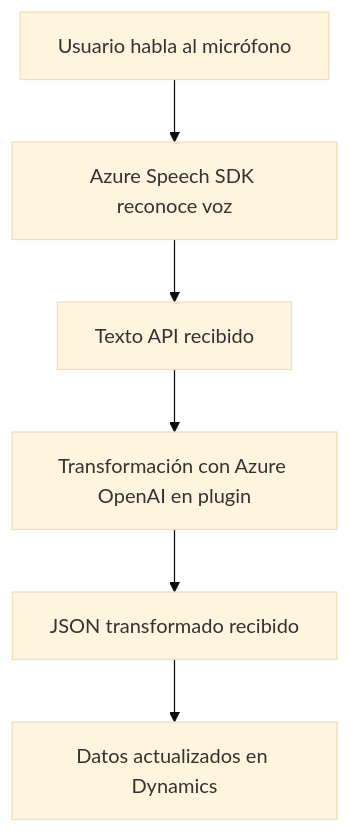
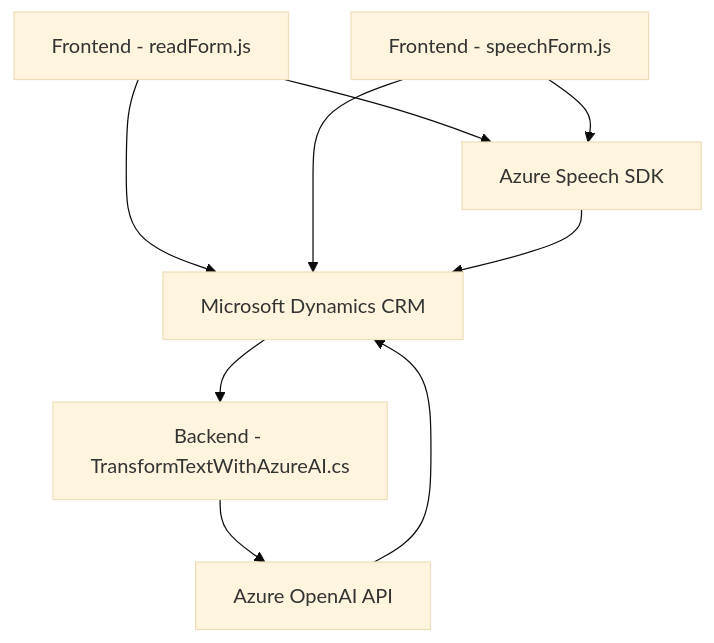
One commit to blopezdm/NETCORE_BILBAO2025 changed the diagram in README.md. Above: the diagram before and after it, drawn with Mermaid (base theme). The commit also changed other lines of this file, not shown here.

Commit message:
Actualizar análisis global de la solución con IA

````diff
--- a/README.md
+++ b/README.md
@@ -38,15 +55,18 @@
 ```mermaid
 graph TD
-    A["Usuario habla al micrófono"]
-    B["Azure Speech SDK reconoce voz"]
-    C["Texto API recibido"]
-    D["Transformación con Azure OpenAI en plugin"]
-    E["JSON transformado recibido"]
-    F["Datos actualizados en Dynamics"]
+    A["Frontend - readForm.js"]
+    B["Frontend - speechForm.js"]
+    C["Backend - TransformTextWithAzureAI.cs"]
+    D["Azure Speech SDK"]
+    E["Azure OpenAI API"]
+    F["Microsoft Dynamics CRM"]
     
-    A --> B
-    B --> C
-    C --> D
-    D --> E
+    A --> D
+    B --> D
+    A --> F
+    B --> F
+    C --> E
+    F --> C
+    D --> F
     E --> F
 ```
````
